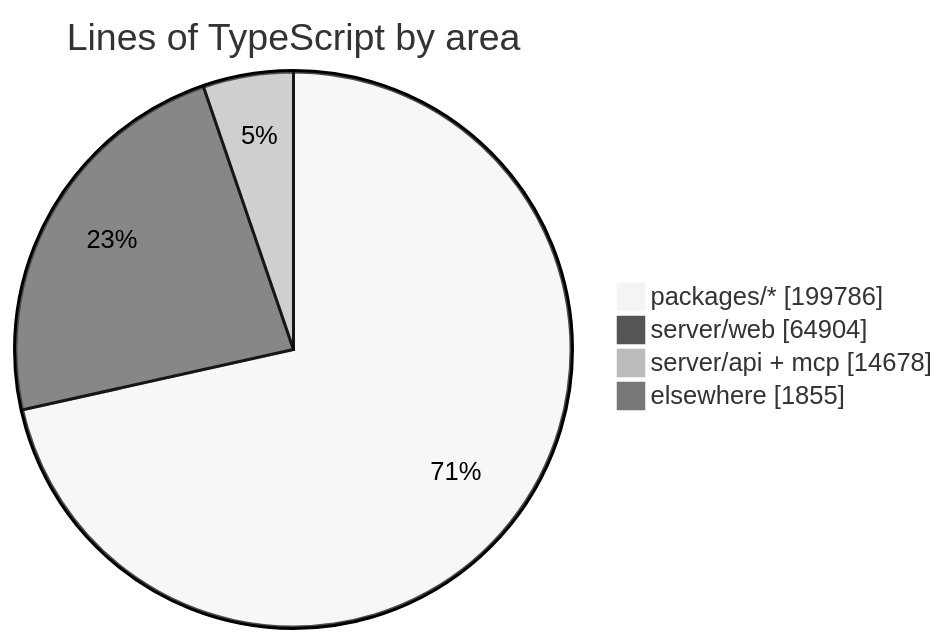
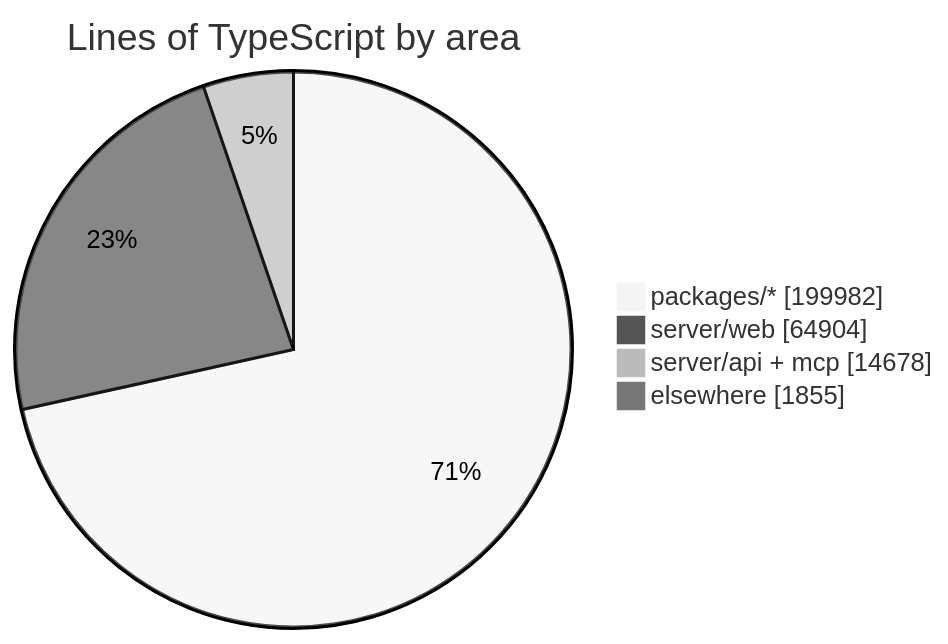
One commit to crossworks-engineering/mantle changed the diagram in README.md. Above: the diagram before and after it, drawn with Mermaid (neutral theme). The commit also changed other lines of this file and 2 other files, not shown here.

````diff
--- a/README.md
+++ b/README.md
@@ -287,7 +287,7 @@
 ```mermaid
 pie showData title Lines of TypeScript by area
-    "packages/*" : 199786
+    "packages/*" : 199982
     "server/web" : 64904
     "server/api + mcp" : 14678
     "elsewhere" : 1855
 ```
````
